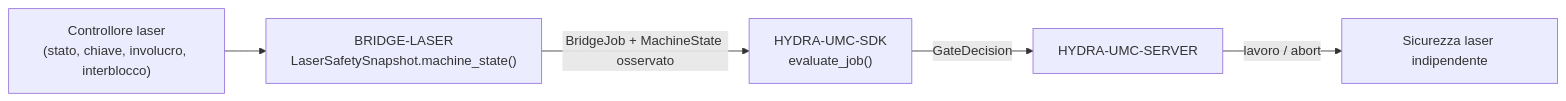
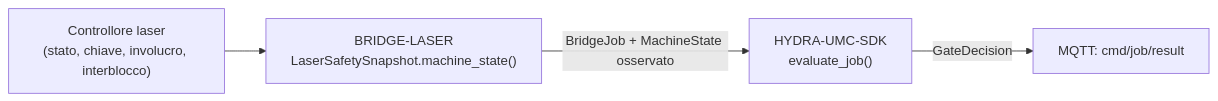
The diagram in README_ita.md (JuanenRac/HYDRA-UMC-BRIDGE-LASER), drawn with Mermaid before and after one commit. The commit also changed other lines of this file and 26 other files, not shown here.

````diff
--- a/README_ita.md
+++ b/README_ita.md
@@ -50,7 +51,6 @@
 ```mermaid
 flowchart LR
     LASER["Controllore laser<br/>(stato, chiave, involucro, interblocco)"] --> BRIDGE["BRIDGE-LASER<br/>LaserSafetySnapshot.machine_state()"]
     BRIDGE -- "BridgeJob + MachineState osservato" --> SDK["HYDRA-UMC-SDK<br/>evaluate_job()"]
-    SDK -- GateDecision --> SERVER["HYDRA-UMC-SERVER"]
-    SERVER -- "lavoro / abort" --> SAFETY["Sicurezza laser indipendente"]
+    SDK -- GateDecision --> RESULT["MQTT: cmd/job/result"]
 ```
````
